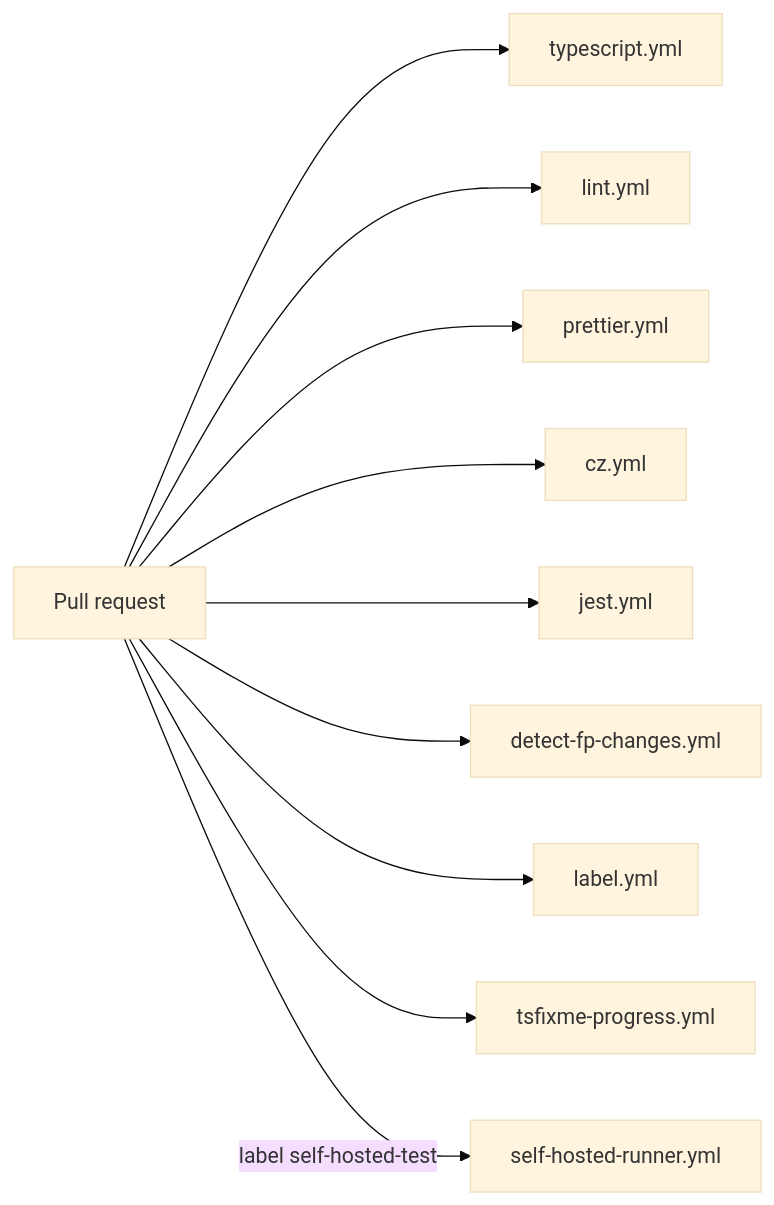
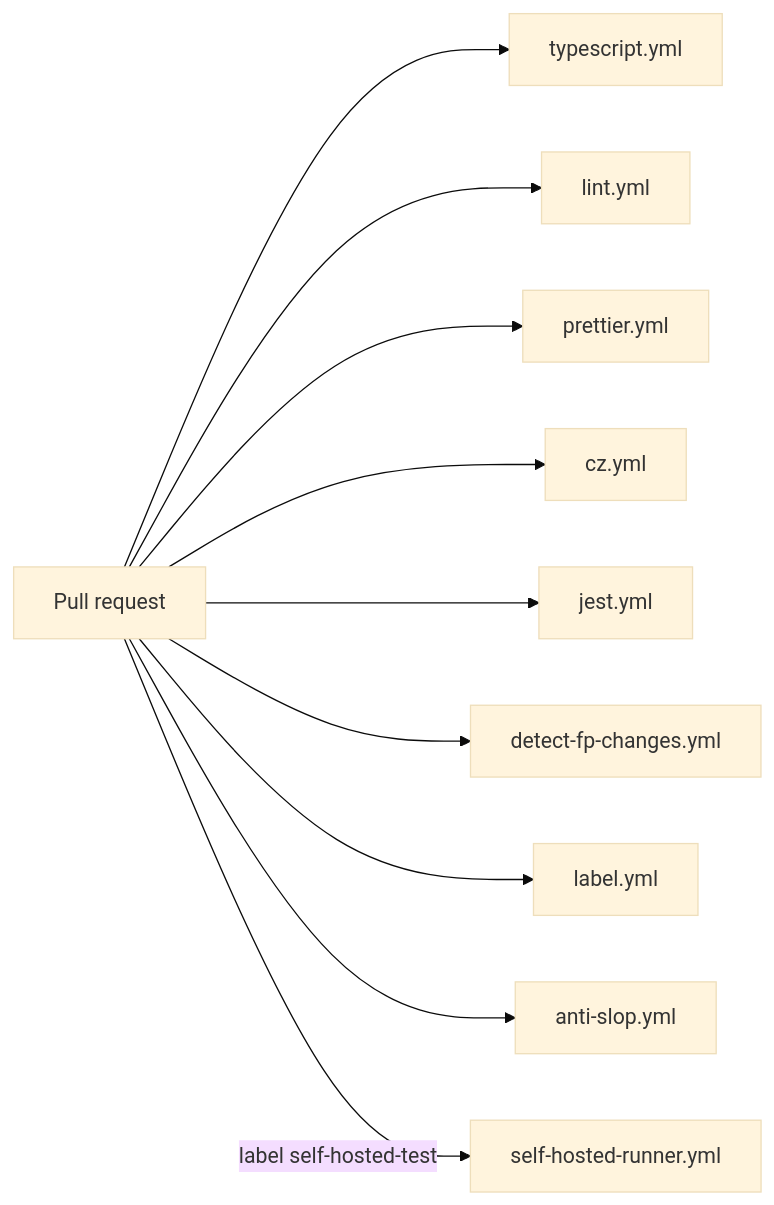
The first of 4 diagrams in README.md (luke-h1/foam), drawn with Mermaid (base theme) before and after one commit. The commit also changed other lines of this file and 5 other files, not shown here.

````diff
--- a/README.md
+++ b/README.md
@@ -342,12 +342,12 @@
 ```mermaid
 flowchart LR
   PR[Pull request] --> TS[typescript.yml]
   PR --> Lint[lint.yml]
   PR --> Prettier[prettier.yml]
   PR --> CZ[cz.yml]
   PR --> Jest[jest.yml]
   PR --> FP[detect-fp-changes.yml]
   PR --> Label[label.yml]
-  PR --> TSFix[tsfixme-progress.yml]
+  PR --> Slop[anti-slop.yml]
   PR -->|label self-hosted-test| SH[self-hosted-runner.yml]
 ```
````
